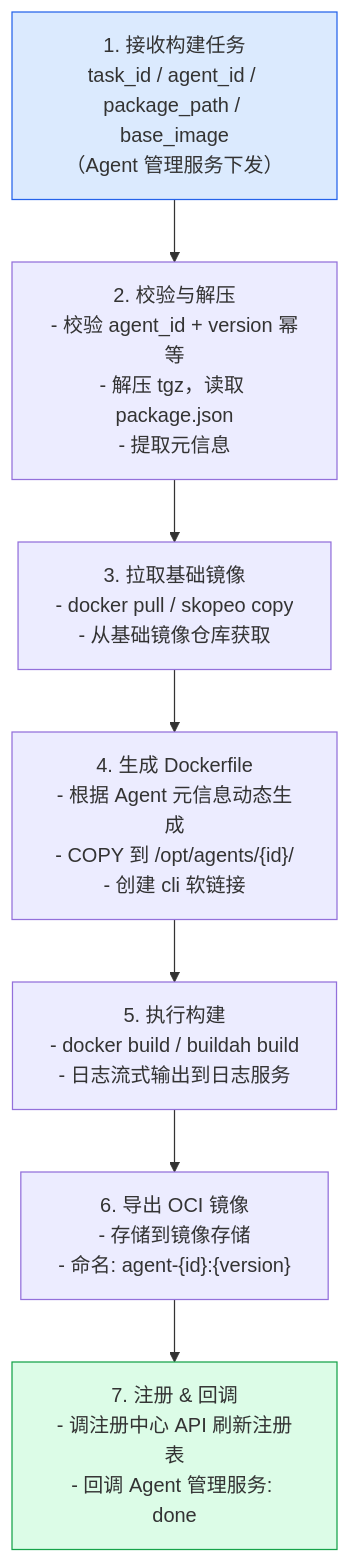
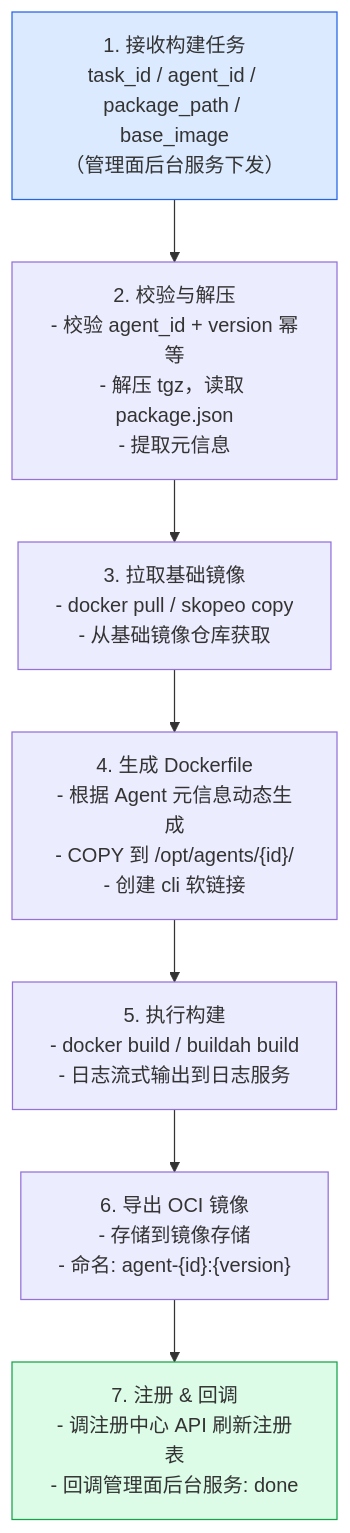
Before and after one commit to csoulnd/InferTechNote: the third of 3 diagrams in codeagent/docs/design/claude-code-offline-install.md, drawn with Mermaid. The commit also changed other lines of this file, not shown here.

````diff
--- a/codeagent/docs/design/claude-code-offline-install.md
+++ b/codeagent/docs/design/claude-code-offline-install.md
@@ -367,15 +367,15 @@
 ```mermaid
 flowchart TD
-    S1["1. 接收构建任务<br/>task_id / agent_id / package_path / base_image<br/>（Agent 管理服务下发）"]
+    S1["1. 接收构建任务<br/>task_id / agent_id / package_path / base_image<br/>（管理面后台服务下发）"]
     S2["2. 校验与解压<br/>- 校验 agent_id + version 幂等<br/>- 解压 tgz，读取 package.json<br/>- 提取元信息"]
     S3["3. 拉取基础镜像<br/>- docker pull / skopeo copy<br/>- 从基础镜像仓库获取"]
     S4["4. 生成 Dockerfile<br/>- 根据 Agent 元信息动态生成<br/>- COPY 到 /opt/agents/{id}/<br/>- 创建 cli 软链接"]
     S5["5. 执行构建<br/>- docker build / buildah build<br/>- 日志流式输出到日志服务"]
     S6["6. 导出 OCI 镜像<br/>- 存储到镜像存储<br/>- 命名: agent-{id}:{version}"]
-    S7["7. 注册 & 回调<br/>- 调注册中心 API 刷新注册表<br/>- 回调 Agent 管理服务: done"]
+    S7["7. 注册 & 回调<br/>- 调注册中心 API 刷新注册表<br/>- 回调管理面后台服务: done"]
 
     S1 --> S2 --> S3 --> S4 --> S5 --> S6 --> S7
 
     style S1 fill:#dbeafe,stroke:#2563eb
     style S7 fill:#dcfce7,stroke:#16a34a
 ```
````
